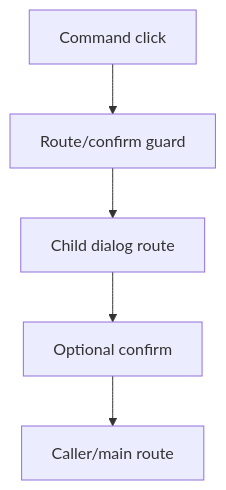
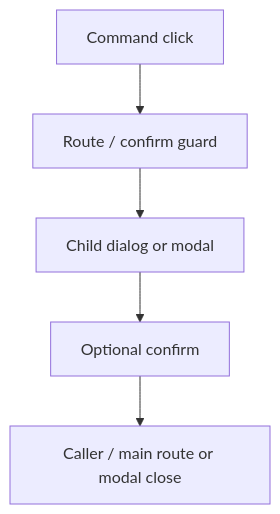
Before and after one commit to SunaNoOshiro/Heroes_Reforged_AI_Realms: the third of 5 diagrams in docs/architecture/wiki/screens/54-system-menu/architecture.md, drawn with Mermaid. The commit also changed other lines of this file and 518 other files, not shown here.

First line of the commit message:
Add doc-audit skill and sweep architecture/screen docs

````diff
--- a/docs/architecture/wiki/screens/54-system-menu/architecture.md
+++ b/docs/architecture/wiki/screens/54-system-menu/architecture.md
@@ -42,8 +51,7 @@
 ```mermaid
 flowchart TD
-  I0["Command click"] --> I1
-  I1["Route/confirm guard"] --> I2
-  I2["Child dialog route"] --> I3
-  I3["Optional confirm"] --> I4
-  I4["Caller/main route"]
+  I0["Command click"] --> I1["Route / confirm guard"]
+  I1 --> I2["Child dialog or modal"]
+  I2 --> I3["Optional confirm"]
+  I3 --> I4["Caller / main route or modal close"]
 ```
````
